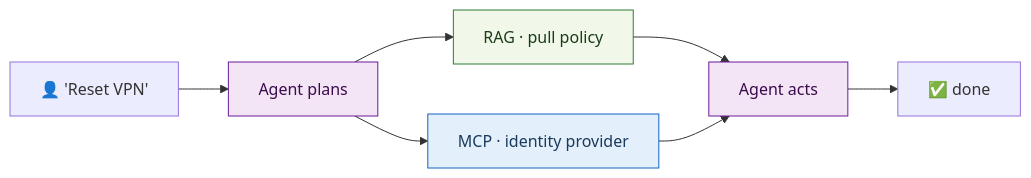
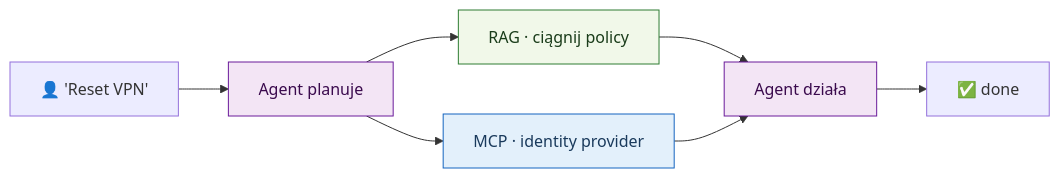
Before and after one commit to nowiro/ai-studio: the third of 5 diagrams in .ai/architecture.md, drawn with Mermaid. The commit also changed other lines of this file and 6 other files, not shown here.

````diff
--- a/.ai/architecture.md
+++ b/.ai/architecture.md
@@ -87,16 +87,16 @@
 ```mermaid
 flowchart LR
-  U["👤 'Reset VPN'"] --> AG["Agent plans"]
-  AG --> R["RAG · pull policy"]
+  U["👤 'Reset VPN'"] --> AG["Agent planuje"]
+  AG --> R["RAG · ciągnij policy"]
   AG --> M["MCP · identity provider"]
-  R --> AG2["Agent acts"]
+  R --> AG2["Agent działa"]
   M --> AG2
   AG2 --> D["✅ done"]
 
   classDef know fill:#f1f8e9,stroke:#2e7d32,color:#1a3c1a;
   classDef conn fill:#e3f0fb,stroke:#1565c0,color:#1a3a5c;
   classDef exec fill:#f3e5f5,stroke:#6a1b9a,color:#3a0a4d;
   class R know
   class M conn
   class AG,AG2 exec
 ```
````
